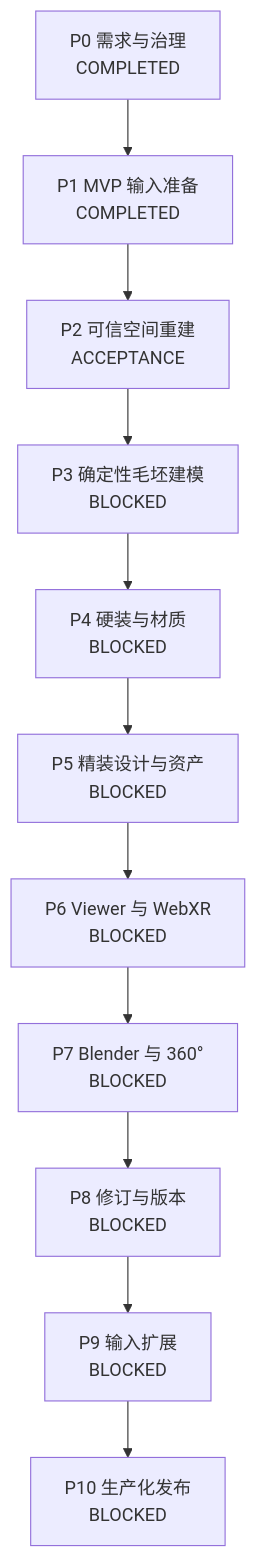
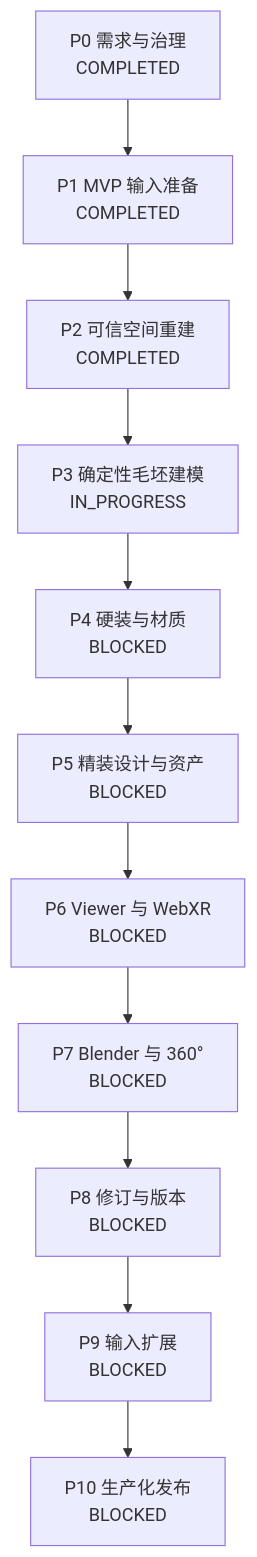
The second of 2 diagrams in 需求文档.md (keson-skill/VR-3D-Skill), drawn with Mermaid before and after one commit. The commit also changed other lines of this file and 11 other files, not shown here.

````diff
--- a/需求文档.md
+++ b/需求文档.md
@@ -438,13 +438,13 @@
 ```mermaid
 flowchart TD
     P0["P0 需求与治理<br/>COMPLETED"] --> P1["P1 MVP 输入准备<br/>COMPLETED"]
-    P1 --> P2["P2 可信空间重建<br/>ACCEPTANCE"]
-    P2 --> P3["P3 确定性毛坯建模<br/>BLOCKED"]
+    P1 --> P2["P2 可信空间重建<br/>COMPLETED"]
+    P2 --> P3["P3 确定性毛坯建模<br/>IN_PROGRESS"]
     P3 --> P4["P4 硬装与材质<br/>BLOCKED"]
     P4 --> P5["P5 精装设计与资产<br/>BLOCKED"]
     P5 --> P6["P6 Viewer 与 WebXR<br/>BLOCKED"]
     P6 --> P7["P7 Blender 与 360°<br/>BLOCKED"]
     P7 --> P8["P8 修订与版本<br/>BLOCKED"]
     P8 --> P9["P9 输入扩展<br/>BLOCKED"]
     P9 --> P10["P10 生产化发布<br/>BLOCKED"]
 ```
````
